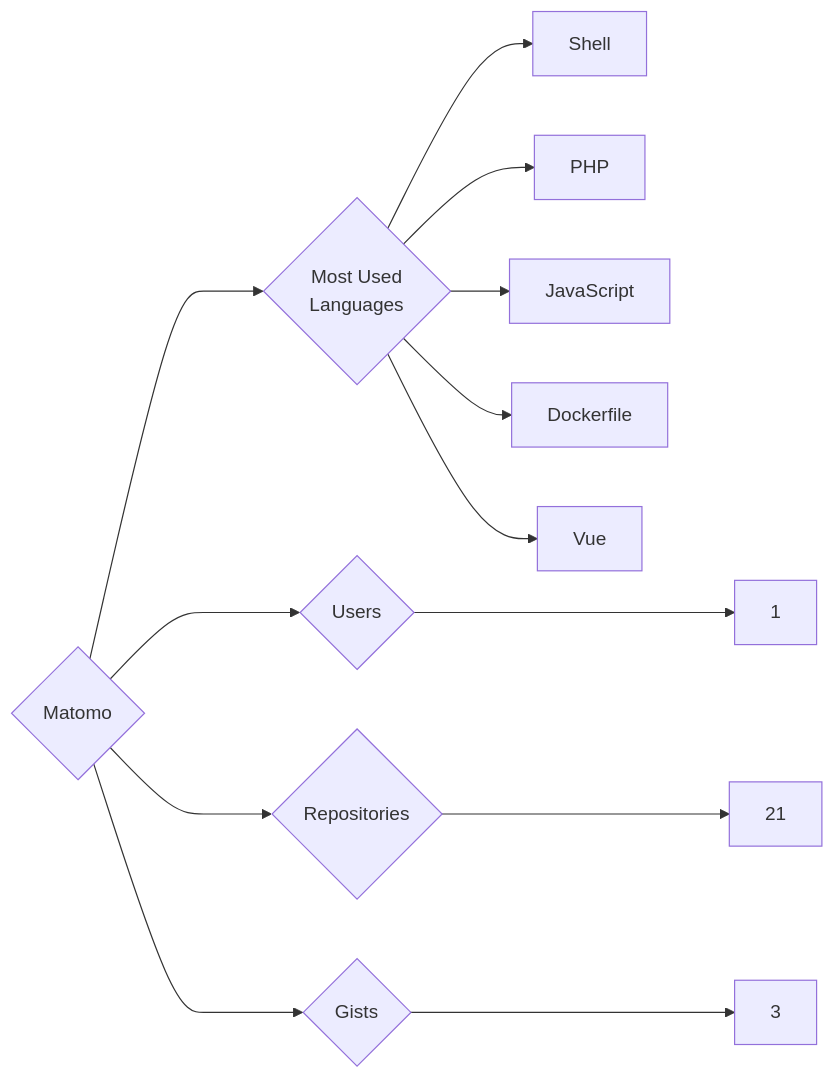
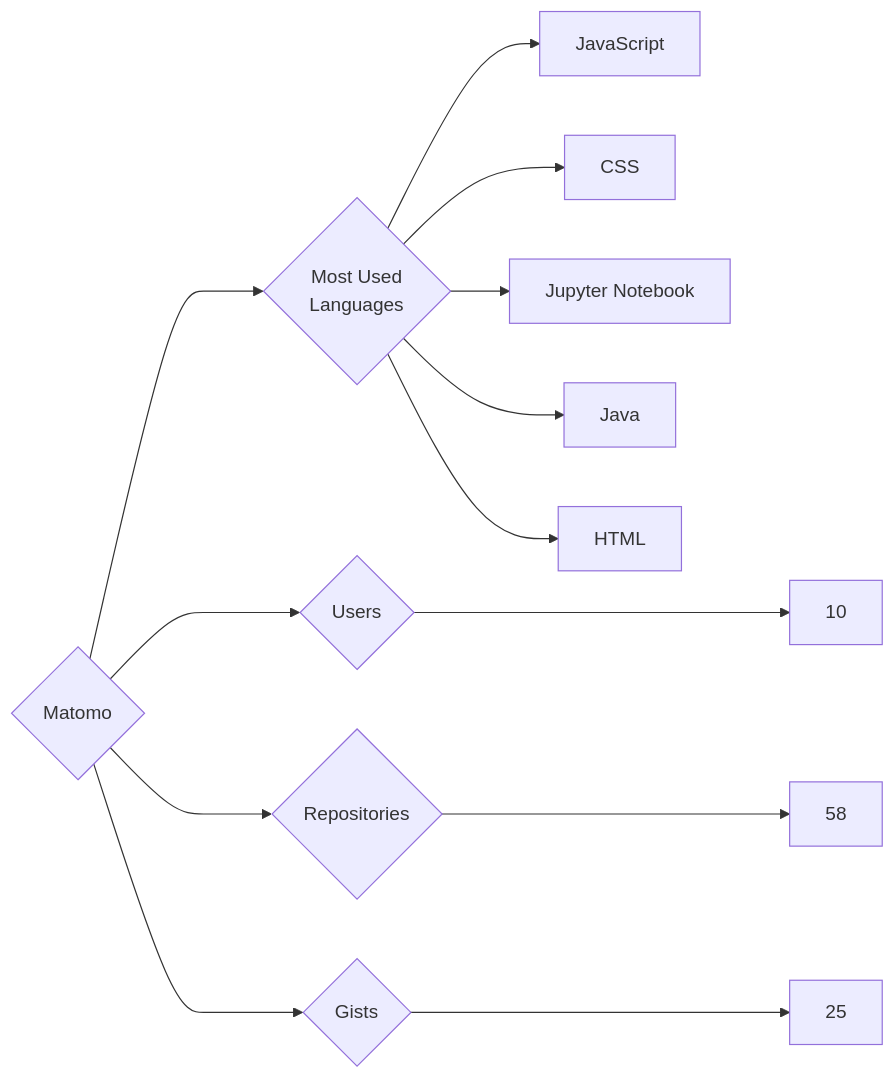
Before and after one commit to trickest/insiders: the diagram in targets/Matomo/README.md, drawn with Mermaid. The commit also changed 1696 other files, not shown here.

````diff
--- a/targets/Matomo/README.md
+++ b/targets/Matomo/README.md
@@ -3,13 +3,13 @@
 ```mermaid
 graph LR
 COMPANY_NAME{Matomo}
-COMPANY_NAME ---> U{Users} ---> UN[1]
-COMPANY_NAME ---> R{Repositories} ---> RN[21]
-COMPANY_NAME ---> G{Gists} ---> GN[3]
+COMPANY_NAME ---> U{Users} ---> UN[10]
+COMPANY_NAME ---> R{Repositories} ---> RN[58]
+COMPANY_NAME ---> G{Gists} ---> GN[25]
 COMPANY_NAME ---> ML{Most Used<br>Languages}
-ML --> Shell[Shell]
-ML --> PHP[PHP]
 ML --> JavaScript[JavaScript]
-ML --> Dockerfile[Dockerfile]
-ML --> Vue[Vue]
+ML --> CSS[CSS]
+ML --> Jupyter_Notebook[Jupyter Notebook]
+ML --> Java[Java]
+ML --> HTML[HTML]
 ```
````
